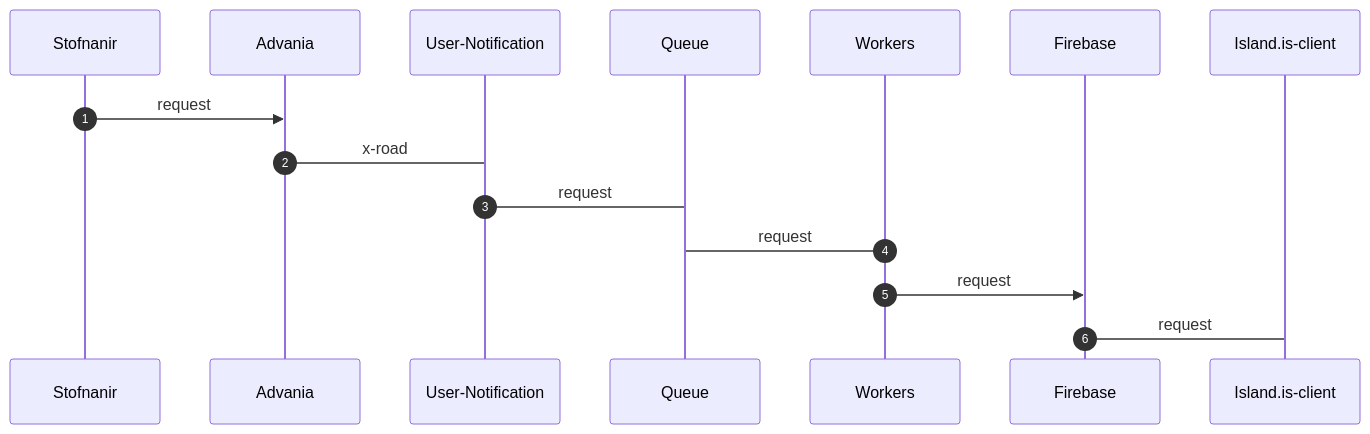
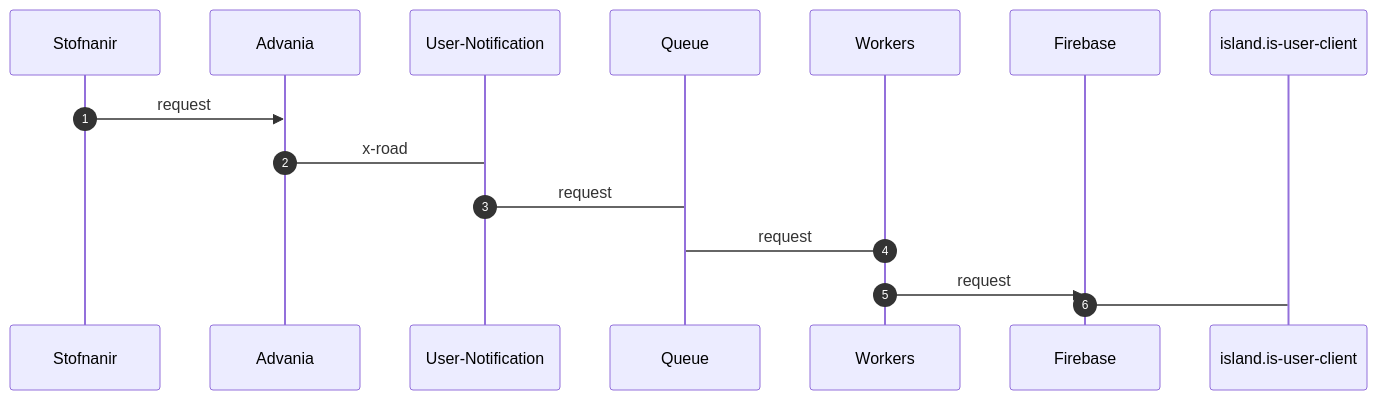
One commit to rafnarnason/bookish-fiesta changed the diagram in hnipp.md. Above: the diagram before and after it, drawn with Mermaid.

````diff
--- a/hnipp.md
+++ b/hnipp.md
@@ -1,13 +1,13 @@
 ```mermaid
 sequenceDiagram
     autonumber
     Stofnanir->>Advania:request
     Advania->User-Notification:x-road
     User-Notification->Queue:request
     Workers->Queue:request
     Workers->>Firebase:request
-    Firebase->Island.is-client:request
+    Firebase->island.is-user-client:
     
     
    
 ```
````
